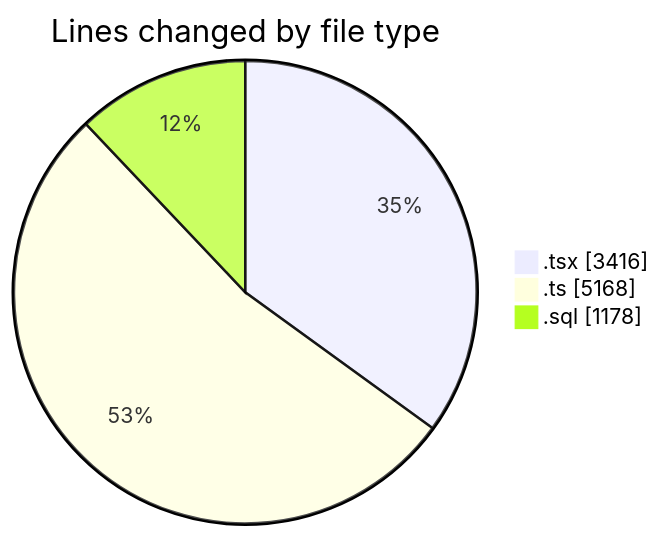
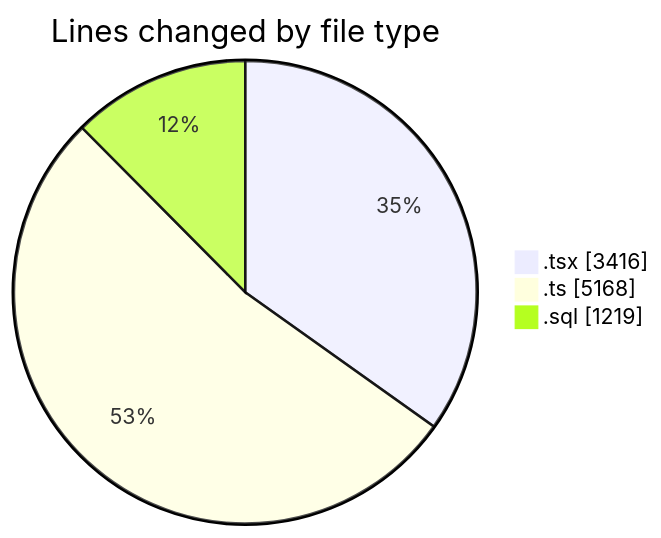
Before and after one commit to lephambinh05/code-tracking: the first of 2 diagrams in 2025-09-05/hiai-phf/README.md, drawn with Mermaid. The commit also changed other lines of this file and 1 other file, not shown here.

````diff
--- a/2025-09-05/hiai-phf/README.md
+++ b/2025-09-05/hiai-phf/README.md
@@ -79,7 +80,7 @@
 ```mermaid
 pie showData
 title Lines changed by file type
 ".tsx" : 3416
 ".ts" : 5168
-".sql" : 1178
+".sql" : 1219
 ```
````
